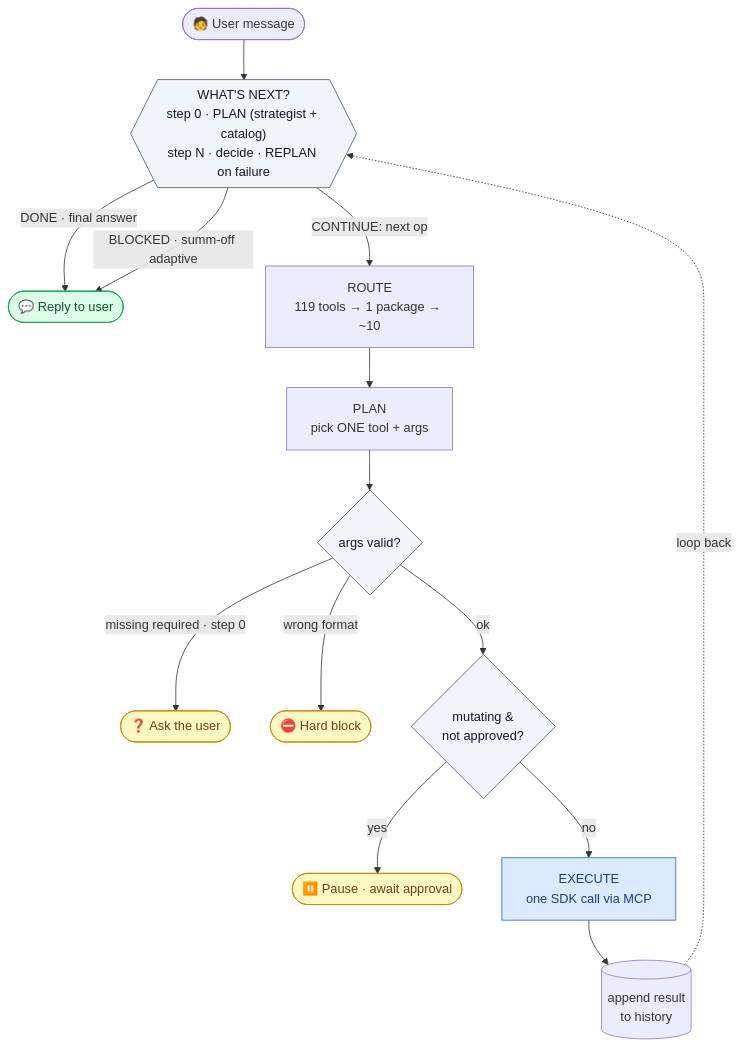
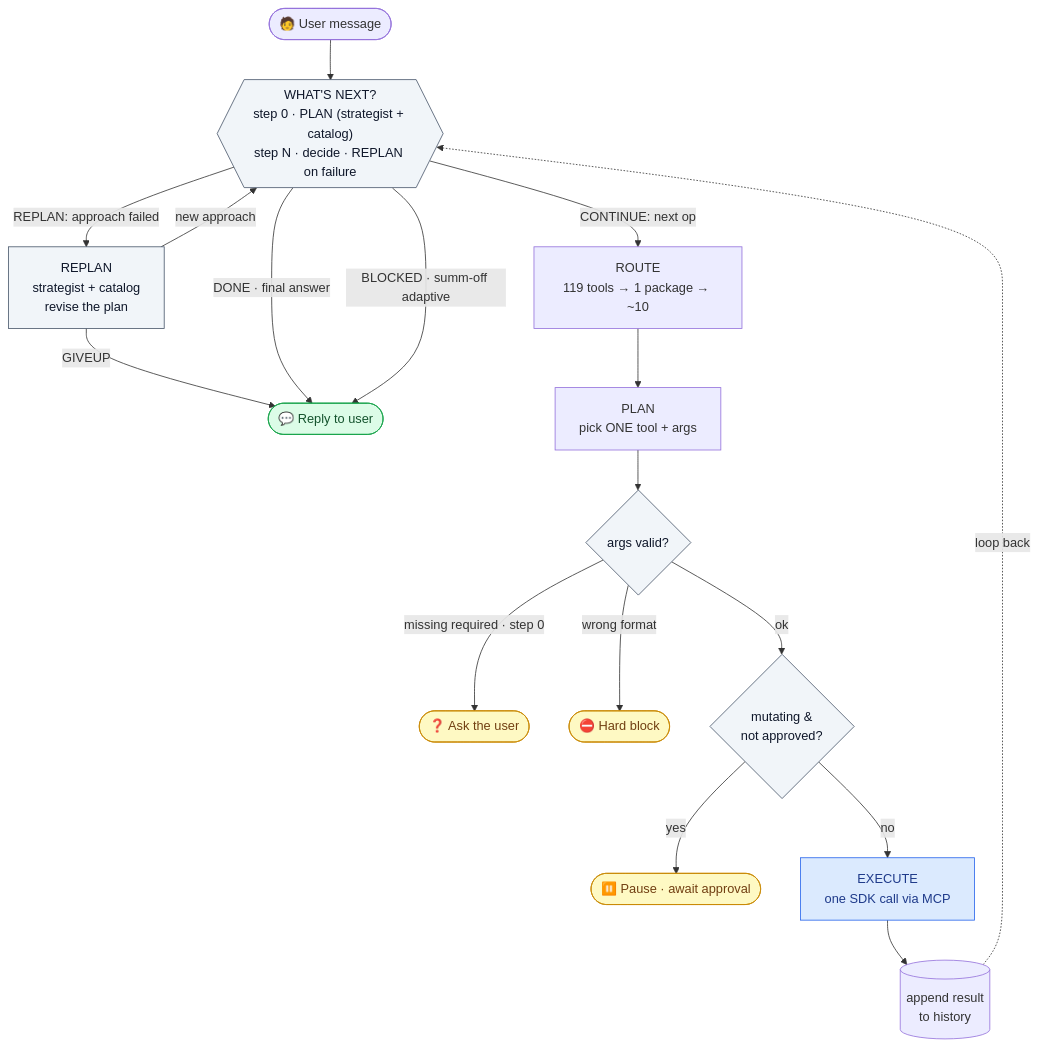
The diagram in AGENT_ARCHITECTURE.md (hnegi01/fes-assistant), drawn with Mermaid before and after one commit. The commit also changed other lines of this file, not shown here.

First line of the commit message:
docs: architecture — full consistency pass for plan→replan

````diff
--- a/AGENT_ARCHITECTURE.md
+++ b/AGENT_ARCHITECTURE.md
@@ -67,33 +67,37 @@
 ```mermaid
 flowchart TD
     U(["🧑 User message"]) --> WN
 
     WN{{"WHAT'S NEXT?<br/>step 0 · PLAN (strategist + catalog)<br/>step N · decide · REPLAN on failure"}}
+    WN -->|"REPLAN: approach failed"| RP["REPLAN<br/>strategist + catalog<br/>revise the plan"]
+    RP -->|"new approach"| WN
+    RP -->|"GIVEUP"| ANS
     WN -->|"DONE · final answer"| ANS(["💬 Reply to user"])
     WN -->|"BLOCKED · summ-off adaptive"| ANS
     WN -->|"CONTINUE: next op"| RT
 
     RT["ROUTE<br/>119 tools → 1 package → ~10"] --> PL
     PL["PLAN<br/>pick ONE tool + args"] --> VAL
 
     VAL{"args valid?"}
     VAL -->|"missing required · step 0"| ASK(["❓ Ask the user"])
     VAL -->|"wrong format"| BLK(["⛔ Hard block"])
     VAL -->|"ok"| GT
 
     GT{"mutating &<br/>not approved?"}
     GT -->|"yes"| APR(["⏸️ Pause · await approval"])
     GT -->|"no"| EX
 
     EX["EXECUTE<br/>one SDK call via MCP"] --> HI[("append result<br/>to history")]
     HI -. loop back .-> WN
 
     classDef term fill:#dcfce7,stroke:#16a34a,color:#14532d;
     classDef pause fill:#fef9c3,stroke:#ca8a04,color:#713f12;
     classDef exec fill:#dbeafe,stroke:#2563eb,color:#1e3a8a;
     classDef dec fill:#f1f5f9,stroke:#475569,color:#0f172a;
     class ANS term
     class ASK,BLK,APR pause
     class EX exec
     class WN,VAL,GT dec
+    class RP dec
 ```
````
